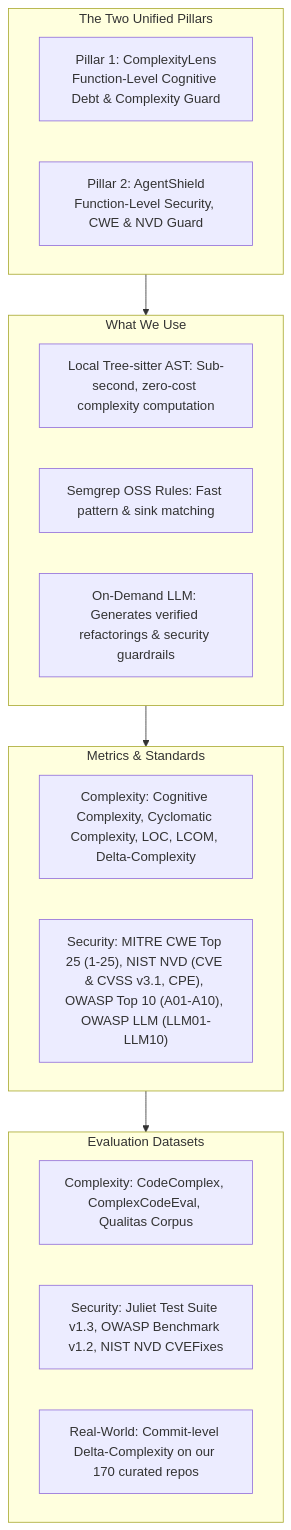
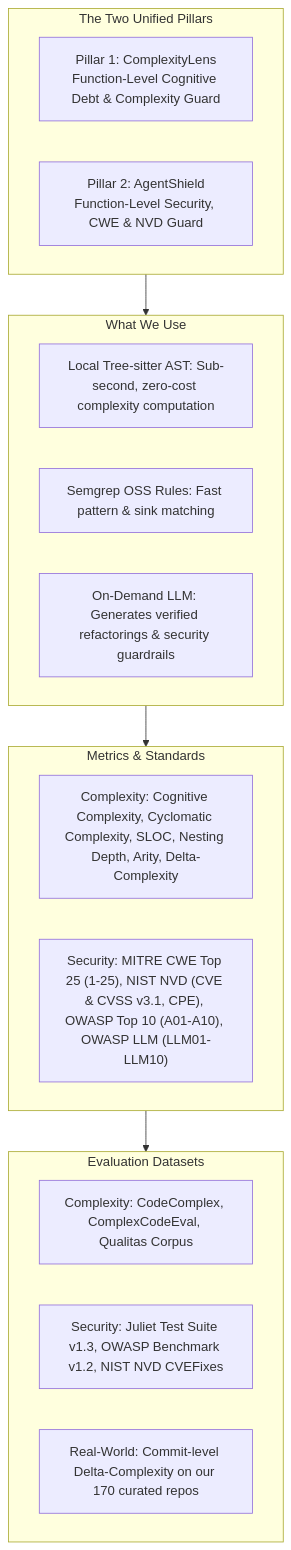
The fourth of 4 diagrams in 01_project_proposals/01_Project_Specification.md (Fool-Penguin/Senior-Project), drawn with Mermaid before and after one commit. The commit also changed other lines of this file and 1 other file, not shown here.

Commit message:
docs: drop LCOM-4 and Halstead metrics, keep project strictly function-level

````diff
--- a/01_project_proposals/01_Project_Specification.md
+++ b/01_project_proposals/01_Project_Specification.md
@@ -305,26 +303,26 @@
 ```mermaid
 flowchart TD
     subgraph CorePillars ["The Two Unified Pillars"]
         P1["Pillar 1: ComplexityLens<br/>Function-Level Cognitive Debt & Complexity Guard"]
         P2["Pillar 2: AgentShield<br/>Function-Level Security, CWE & NVD Guard"]
     end
 
     subgraph TheTech ["What We Use"]
         T1["Local Tree-sitter AST: Sub-second, zero-cost complexity computation"]
         T2["Semgrep OSS Rules: Fast pattern & sink matching"]
         T3["On-Demand LLM: Generates verified refactorings & security guardrails"]
     end
 
     subgraph TheMetrics ["Metrics & Standards"]
-        M1["Complexity: Cognitive Complexity, Cyclomatic Complexity, LOC, LCOM, Delta-Complexity"]
+        M1["Complexity: Cognitive Complexity, Cyclomatic Complexity, SLOC, Nesting Depth, Arity, Delta-Complexity"]
         M2["Security: MITRE CWE Top 25 (1-25), NIST NVD (CVE & CVSS v3.1, CPE), OWASP Top 10 (A01-A10), OWASP LLM (LLM01-LLM10)"]
     end
 
     subgraph TheEvaluation ["Evaluation Datasets"]
         E1["Complexity: CodeComplex, ComplexCodeEval, Qualitas Corpus"]
         E2["Security: Juliet Test Suite v1.3, OWASP Benchmark v1.2, NIST NVD CVEFixes"]
         E3["Real-World: Commit-level Delta-Complexity on our 170 curated repos"]
     end
 
     CorePillars --> TheTech --> TheMetrics --> TheEvaluation
 ```
````
